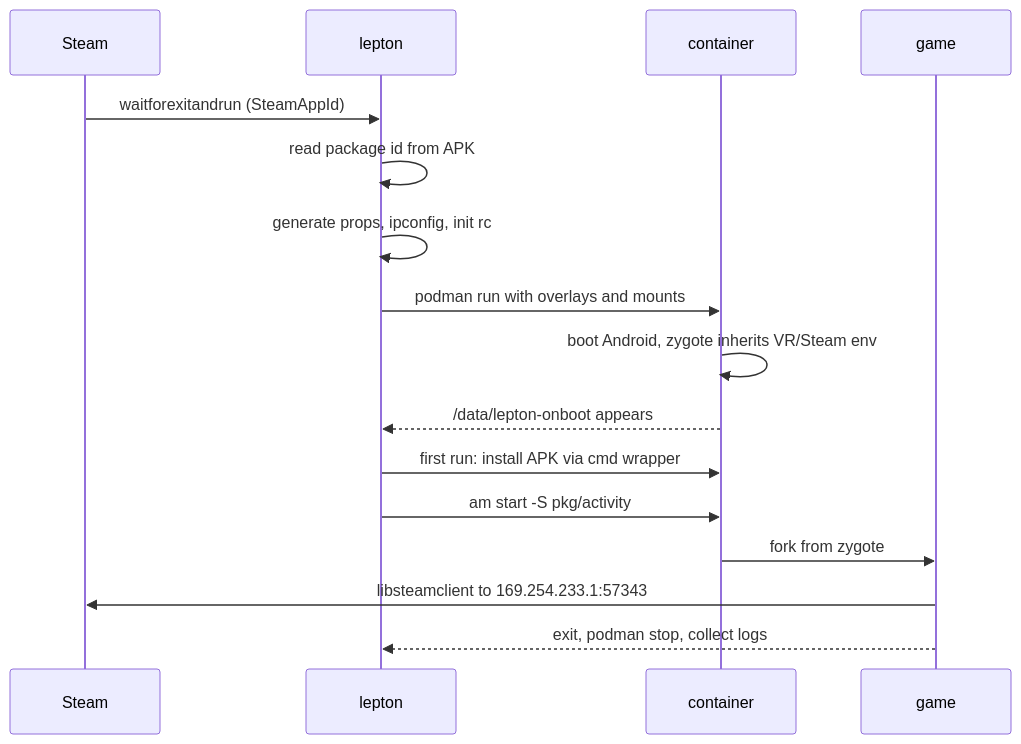
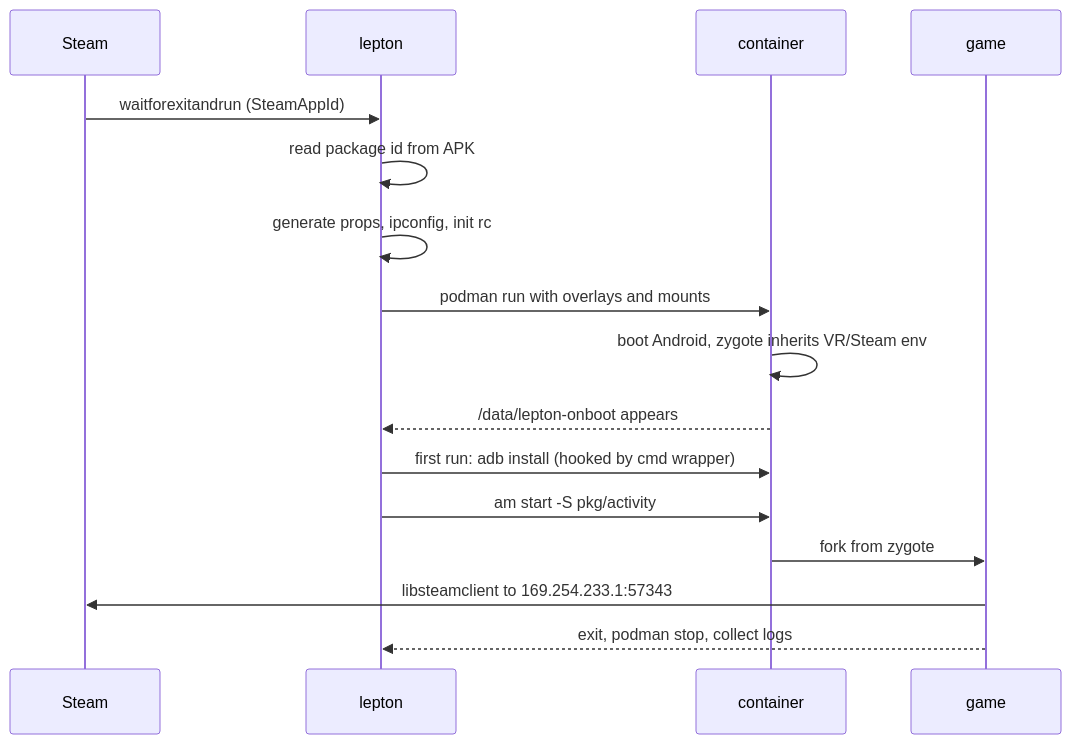
Before and after one commit to utzcoz/utzcoz.github.io: the second of 4 diagrams in _posts/2026-09-04-steam-frame-lepton-architecture.md, drawn with Mermaid. The commit also changed other lines of this file, not shown here.

````diff
--- a/_posts/2026-09-04-steam-frame-lepton-architecture.md
+++ b/_posts/2026-09-04-steam-frame-lepton-architecture.md
@@ -170,19 +176,19 @@
 ```mermaid
 sequenceDiagram
     participant S as Steam
     participant L as lepton
     participant C as container
     participant G as game
 
     S->>L: waitforexitandrun (SteamAppId)
     L->>L: read package id from APK
     L->>L: generate props, ipconfig, init rc
     L->>C: podman run with overlays and mounts
     C->>C: boot Android, zygote inherits VR/Steam env
     C-->>L: /data/lepton-onboot appears
-    L->>C: first run: install APK via cmd wrapper
+    L->>C: first run: adb install (hooked by cmd wrapper)
     L->>C: am start -S pkg/activity
     C->>G: fork from zygote
     G->>S: libsteamclient to 169.254.233.1:57343
     G-->>L: exit, podman stop, collect logs
 ```
````
